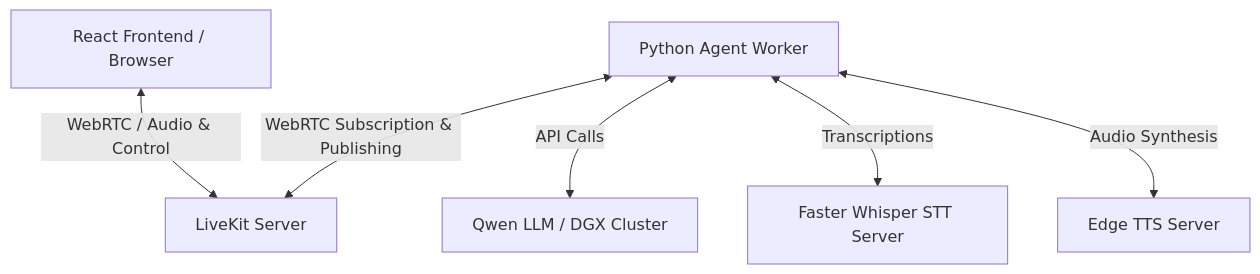
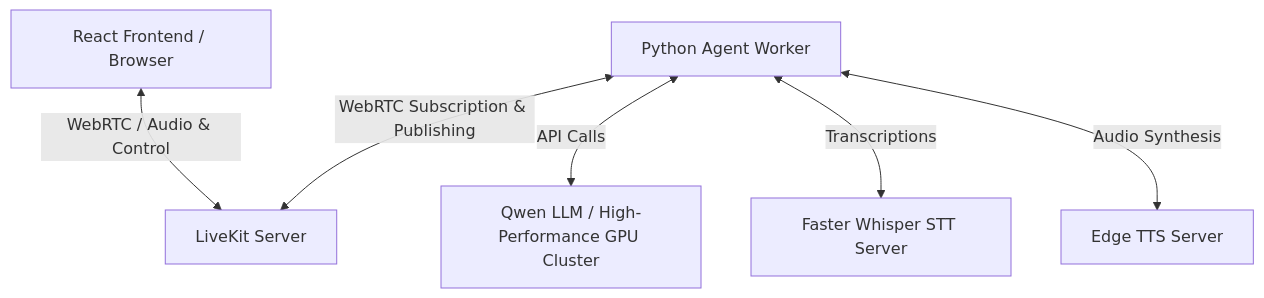
Before and after one commit to reddykarthikeya1/Personal-Voice-Agent: the diagram in README.md, drawn with Mermaid. The commit also changed other lines of this file and 15 other files, not shown here.

````diff
--- a/README.md
+++ b/README.md
@@ -11,8 +11,8 @@
 ```mermaid
 graph TD
     Client[React Frontend / Browser] <-->|WebRTC / Audio & Control| LK[LiveKit Server]
     Agent[Python Agent Worker] <-->|WebRTC Subscription & Publishing| LK
-    Agent <-->|API Calls| LLM[Qwen LLM / DGX Cluster]
+    Agent <-->|API Calls| LLM[Qwen LLM / High-Performance GPU Cluster]
     Agent <-->|Transcriptions| STT[Faster Whisper STT Server]
     Agent <-->|Audio Synthesis| TTS[Edge TTS Server]
 ```
````
